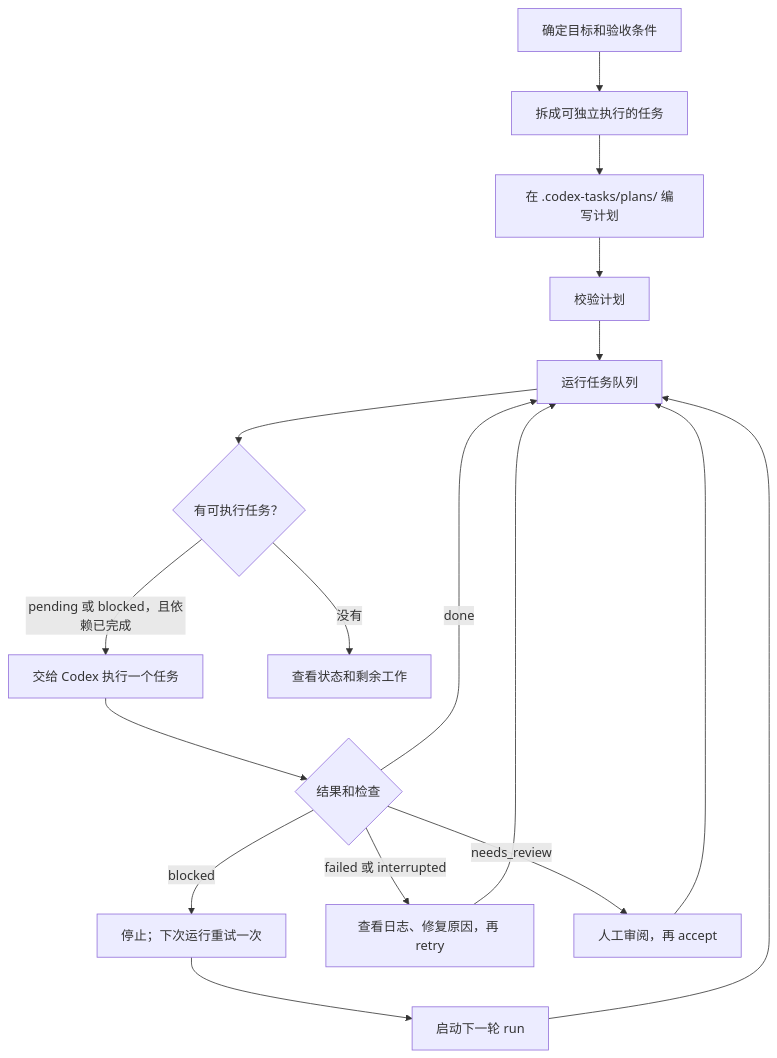
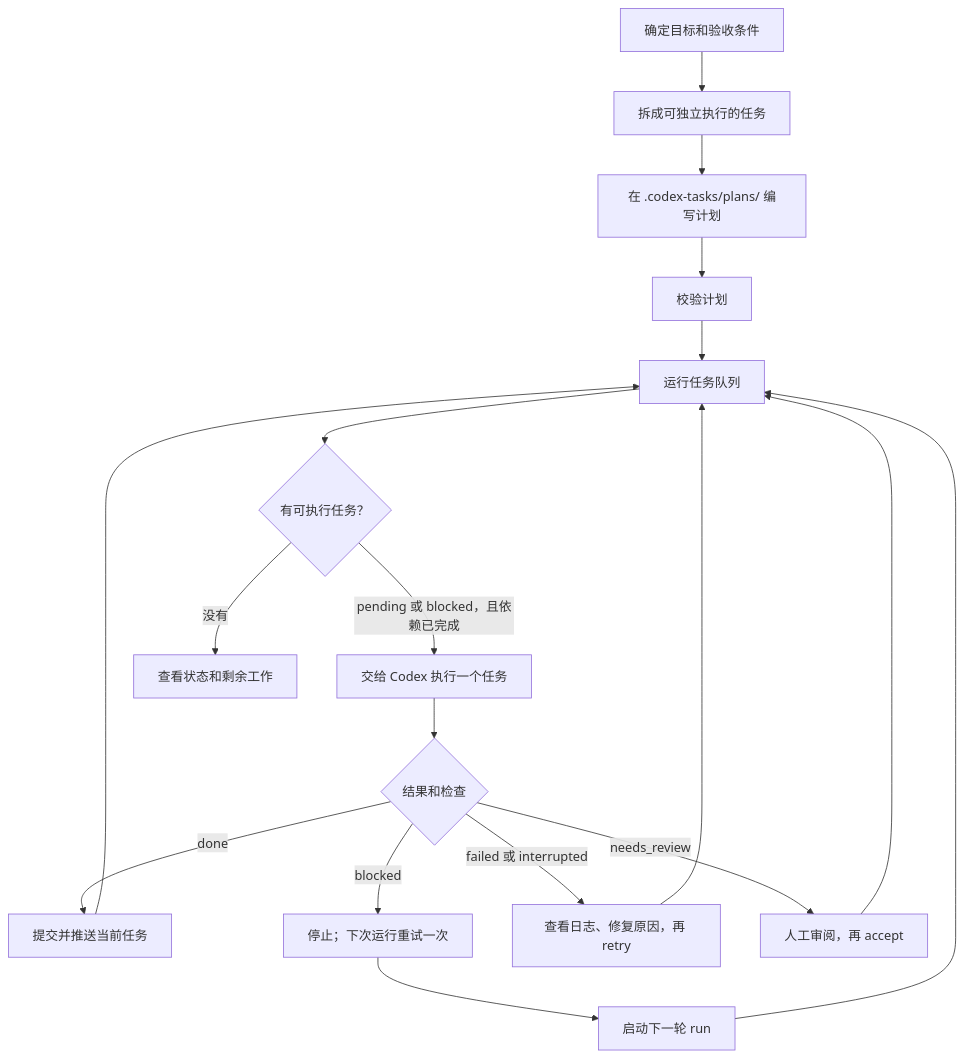
Before and after one commit to bingghost/autorun_codex: the first of 2 diagrams in README.zh-CN.md, drawn with Mermaid. The commit also changed other lines of this file and 18 other files, not shown here.

````diff
--- a/README.zh-CN.md
+++ b/README.zh-CN.md
@@ -30,19 +30,20 @@
 ```mermaid
 flowchart TD
     A["确定目标和验收条件"] --> B["拆成可独立执行的任务"]
     B --> C["在 .codex-tasks/plans/ 编写计划"]
     C --> D["校验计划"]
     D --> E["运行任务队列"]
     E --> F{"有可执行任务？"}
     F -- "pending 或 blocked，且依赖已完成" --> G["交给 Codex 执行一个任务"]
     F -- "没有" --> H["查看状态和剩余工作"]
     G --> I{"结果和检查"}
-    I -- "done" --> E
+    I -- "done" --> M["提交并推送当前任务"]
+    M --> E
     I -- "blocked" --> J["停止；下次运行重试一次"]
     I -- "failed 或 interrupted" --> K["查看日志、修复原因，再 retry"]
     I -- "needs_review" --> L["人工审阅，再 accept"]
     J --> N["启动下一轮 run"]
     N --> E
     K --> E
     L --> E
 ```
````
